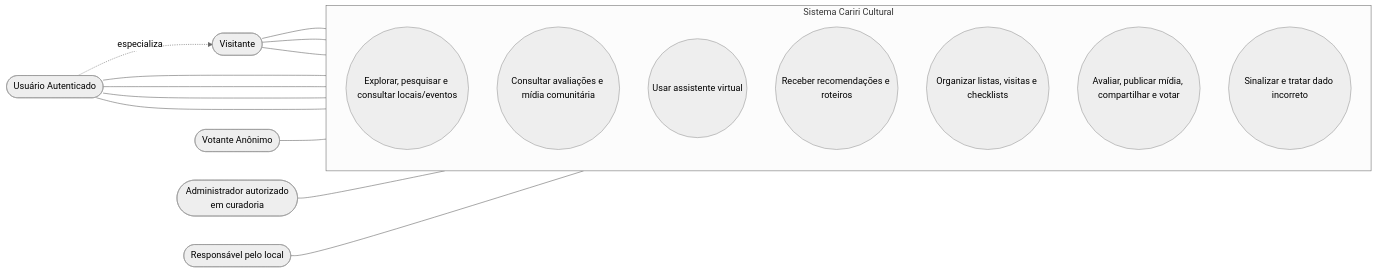
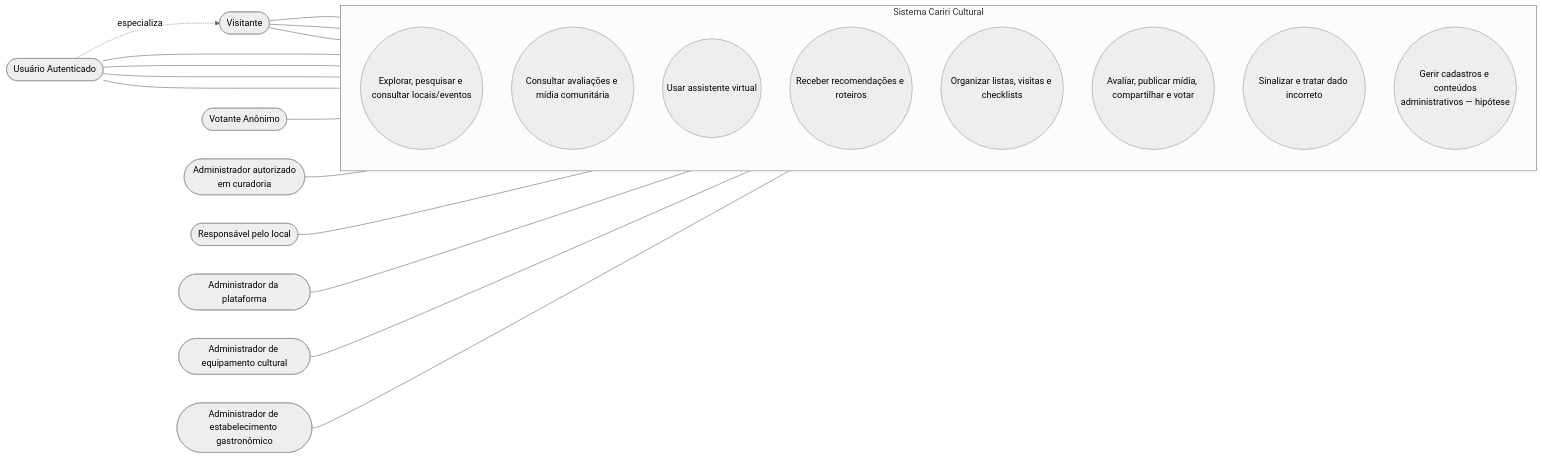
One commit to alan-mendes-ufca/CaririCultural changed the first of 6 diagrams in home/user-cases/use-cases-diagram.md. Above: the diagram before and after it, drawn with Mermaid (neutral theme). The commit also changed other lines of this file and 2 other files, not shown here.

Commit message:
docs: consolidate `use case` traceability and administrative flows

````diff
--- a/home/user-cases/use-cases-diagram.md
+++ b/home/user-cases/use-cases-diagram.md
@@ -19,31 +19,38 @@
 ```mermaid
 flowchart LR
     %% Atores
     V([Visitante])
     U([Usuário Autenticado])
     VA([Votante Anônimo])
     ADM([Administrador autorizado<br/>em curadoria])
     RESP([Responsável pelo local])
+    APL([Administrador da plataforma])
+    AEC([Administrador de equipamento cultural])
+    AEG([Administrador de estabelecimento gastronômico])
 
     %% Fronteira do Sistema
     subgraph CC [Sistema Cariri Cultural]
         direction TB
         C1((Explorar, pesquisar e consultar locais/eventos))
         C2((Consultar avaliações e mídia comunitária))
         C3((Usar assistente virtual))
         C4((Receber recomendações e roteiros))
         C5((Organizar listas, visitas e checklists))
         C6((Avaliar, publicar mídia, compartilhar e votar))
         C7((Sinalizar e tratar dado incorreto))
+        C8((Gerir cadastros e conteúdos<br/>administrativos — hipótese))
     end
 
     %% Relações Ator -> Caso de Uso
     V --- C1 & C2 & C3
     U --- C4 & C5 & C6 & C7
     VA --- C6
     ADM --- C7
     RESP --- C7
+    APL --- C8
+    AEC --- C8
+    AEG --- C8
 
     %% Especialização
     U -.->|especializa| V
 ```
````
